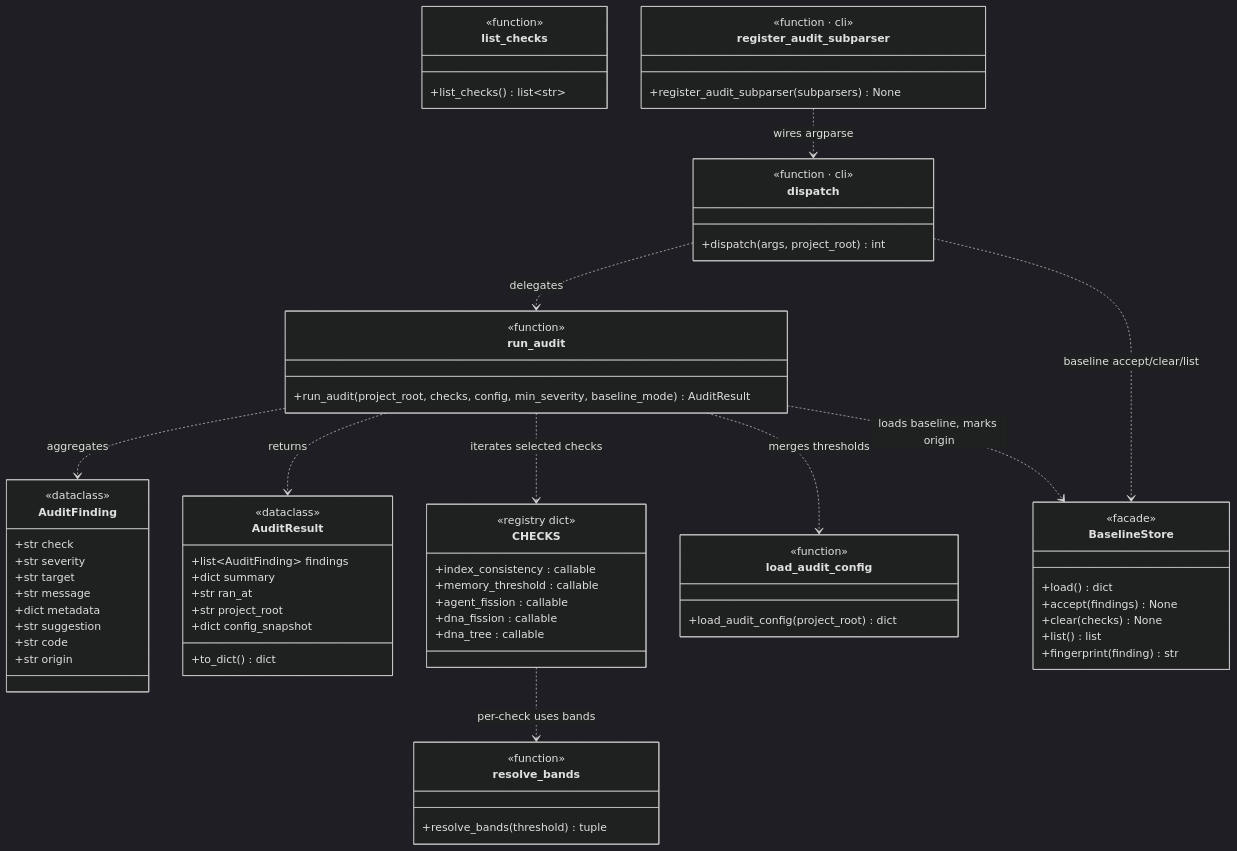
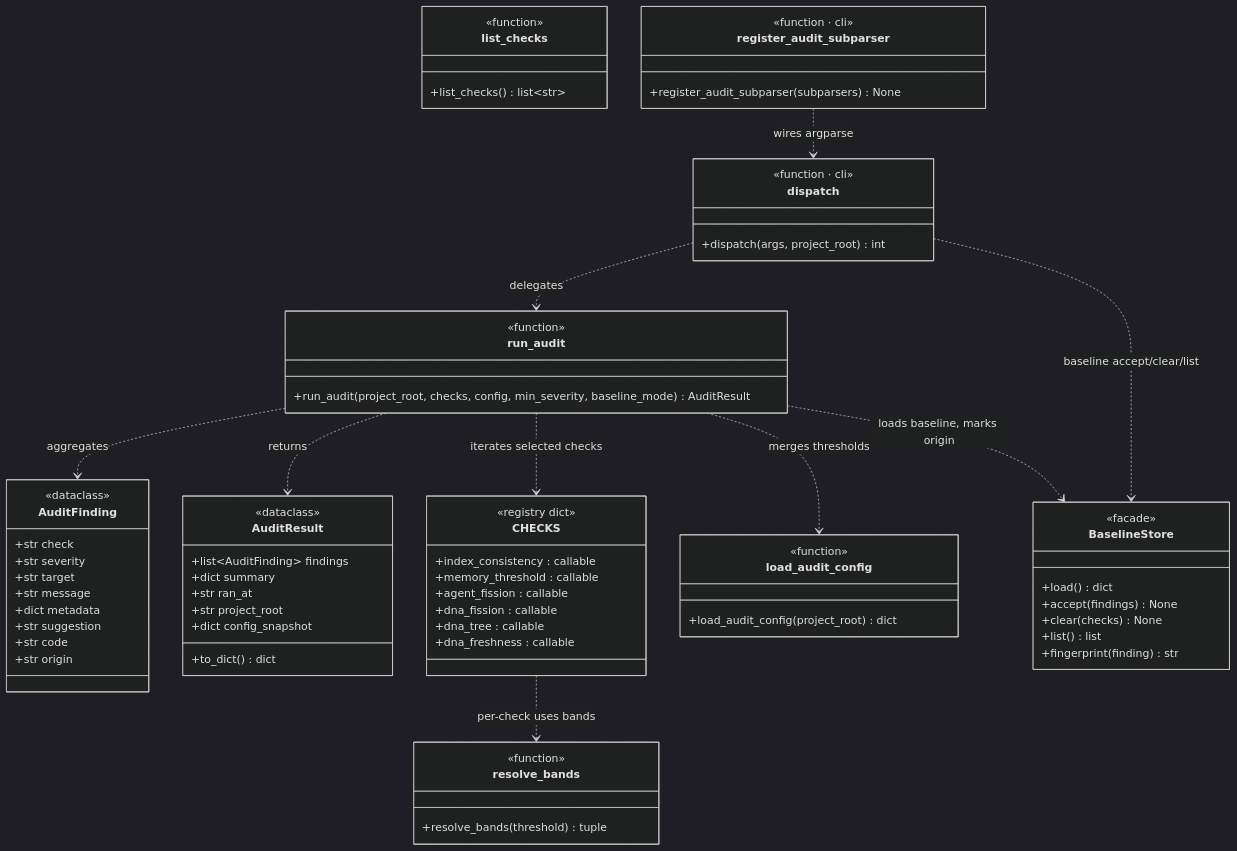
The diagram in v1/kernel/engine/audit/.dna/module.md (nan023062/cbim), drawn with Mermaid (dark theme) before and after one commit. The commit also changed other lines of this file and 35 other files, not shown here.

````diff
--- a/v1/kernel/engine/audit/.dna/module.md
+++ b/v1/kernel/engine/audit/.dna/module.md
@@ -35,73 +37,74 @@
 ```mermaid
 classDiagram
     class AuditFinding {
         <<dataclass>>
         +str check
         +str severity
         +str target
         +str message
         +dict metadata
         +str suggestion
         +str code
         +str origin
     }
     class AuditResult {
         <<dataclass>>
         +list~AuditFinding~ findings
         +dict summary
         +str ran_at
         +str project_root
         +dict config_snapshot
         +to_dict() dict
     }
     class run_audit {
         <<function>>
         +run_audit(project_root, checks, config, min_severity, baseline_mode) AuditResult
     }
     class list_checks {
         <<function>>
         +list_checks() list~str~
     }
     class CHECKS {
         <<registry dict>>
         +index_consistency : callable
         +memory_threshold : callable
         +agent_fission : callable
         +dna_fission : callable
         +dna_tree : callable
+        +dna_freshness : callable
     }
     class load_audit_config {
         <<function>>
         +load_audit_config(project_root) dict
     }
     class resolve_bands {
         <<function>>
         +resolve_bands(threshold) tuple
     }
     class BaselineStore {
         <<facade>>
         +load() dict
         +accept(findings) None
         +clear(checks) None
         +list() list
         +fingerprint(finding) str
     }
     class register_audit_subparser {
         <<function · cli>>
         +register_audit_subparser(subparsers) None
     }
     class dispatch {
         <<function · cli>>
         +dispatch(args, project_root) int
     }
 
     run_audit ..> CHECKS : iterates selected checks
     run_audit ..> AuditResult : returns
     run_audit ..> AuditFinding : aggregates
     run_audit ..> load_audit_config : merges thresholds
     run_audit ..> BaselineStore : loads baseline, marks origin
     CHECKS ..> resolve_bands : per-check uses bands
     dispatch ..> run_audit : delegates
     dispatch ..> BaselineStore : baseline accept/clear/list
     register_audit_subparser ..> dispatch : wires argparse
 ```
````
